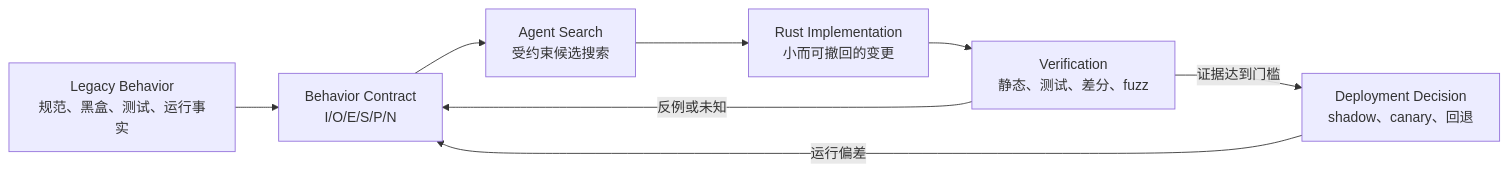
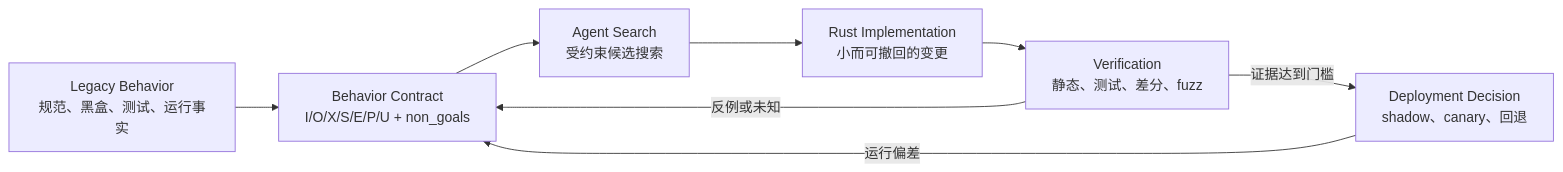
The diagram in book/src/part1/ch01-behavior-reconstruction.md (ZhangHanDong/coreutils), drawn with Mermaid before and after one commit. The commit also changed other lines of this file and 8 other files, not shown here.

````diff
--- a/book/src/part1/ch01-behavior-reconstruction.md
+++ b/book/src/part1/ch01-behavior-reconstruction.md
@@ -80,10 +80,10 @@
 ```mermaid
 flowchart LR
-    L["Legacy Behavior<br/>规范、黑盒、测试、运行事实"] --> C["Behavior Contract<br/>I/O/E/S/P/N"]
+    L["Legacy Behavior<br/>规范、黑盒、测试、运行事实"] --> C["Behavior Contract<br/>I/O/X/S/E/P/U + non_goals"]
     C --> A["Agent Search<br/>受约束候选搜索"]
     A --> R["Rust Implementation<br/>小而可撤回的变更"]
     R --> V["Verification<br/>静态、测试、差分、fuzz"]
     V -->|"反例或未知"| C
     V -->|"证据达到门槛"| D["Deployment Decision<br/>shadow、canary、回退"]
     D -->|"运行偏差"| C
 ```
````
